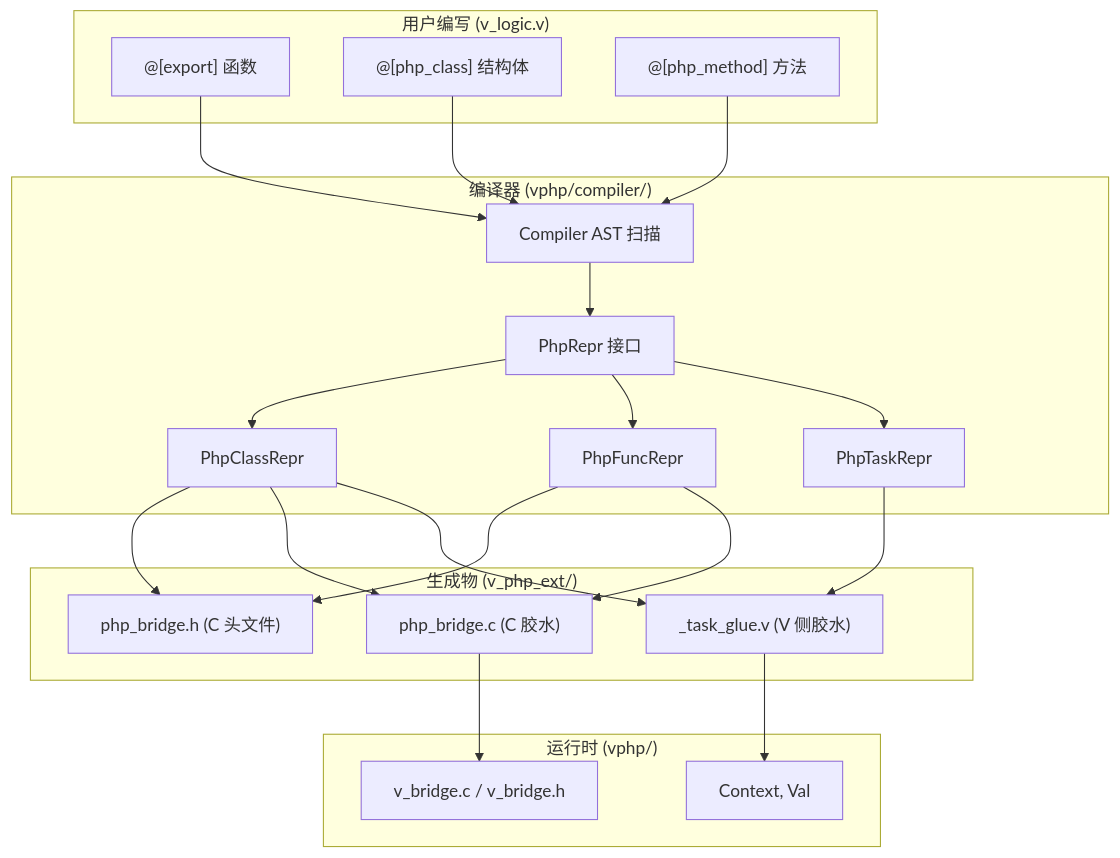
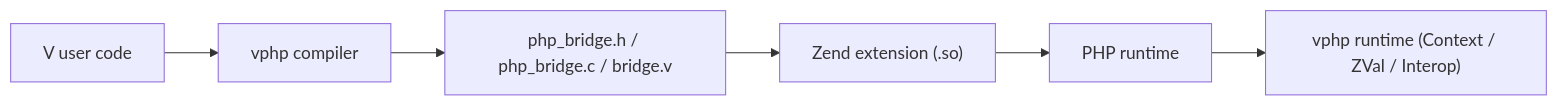
Before and after one commit to guweigang/vphp: the diagram in README.md, drawn with Mermaid. The commit also changed other lines of this file, not shown here.

Commit message:
Rewrite root README for current vphp architecture

````diff
--- a/README.md
+++ b/README.md
@@ -3,40 +69,8 @@
 ```mermaid
-graph TB
-    subgraph "用户编写 (v_logic.v)"
-        UF["@[export] 函数"]
-        UC["@[php_class] 结构体"]
-        UM["@[php_method] 方法"]
-    end
-
-    subgraph "编译器 (vphp/compiler/)"
-        C["Compiler AST 扫描"]
-        CR["PhpRepr 接口"]
-        CC["PhpClassRepr"]
-        CF["PhpFuncRepr"]
-        CT["PhpTaskRepr"]
-    end
-
-    subgraph "生成物 (v_php_ext/)"
-        GH["php_bridge.h (C 头文件)"]
-        GC["php_bridge.c (C 胶水)"]
-        GV["_task_glue.v (V 侧胶水)"]  
-    end
-
-    subgraph "运行时 (vphp/)"
-        RT["Context, Val"]
-        RB["v_bridge.c / v_bridge.h"]
-    end
-
-    UF --> C
-    UC --> C
-    UM --> C
-    C --> CR
-    CR --> CC
-    CR --> CF
-    CR --> CT
-    CC --> GH & GC & GV
-    CF --> GH & GC
-    CT --> GV
-    GC --> RB
-    GV --> RT
+flowchart LR
+    A["V user code"] --> B["vphp compiler"]
+    B --> C["php_bridge.h / php_bridge.c / bridge.v"]
+    C --> D["Zend extension (.so)"]
+    D --> E["PHP runtime"]
+    E --> F["vphp runtime (Context / ZVal / Interop)"]
 ```
````
